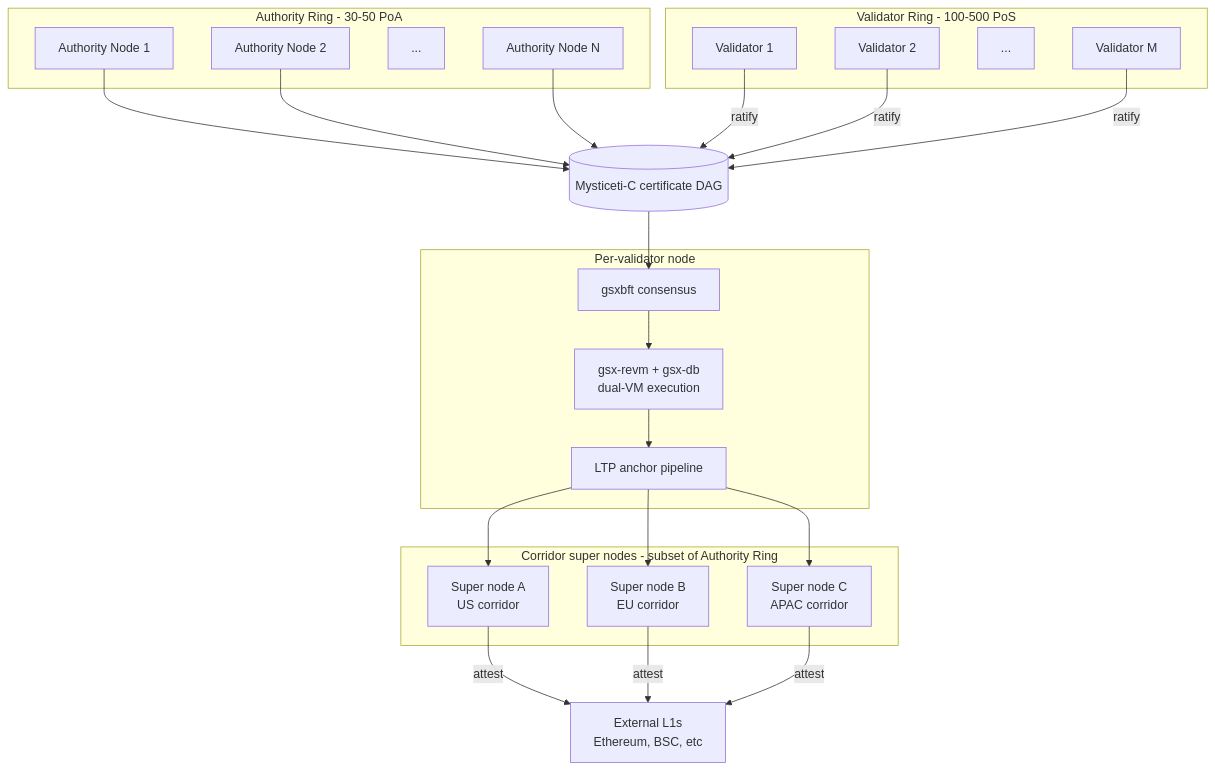
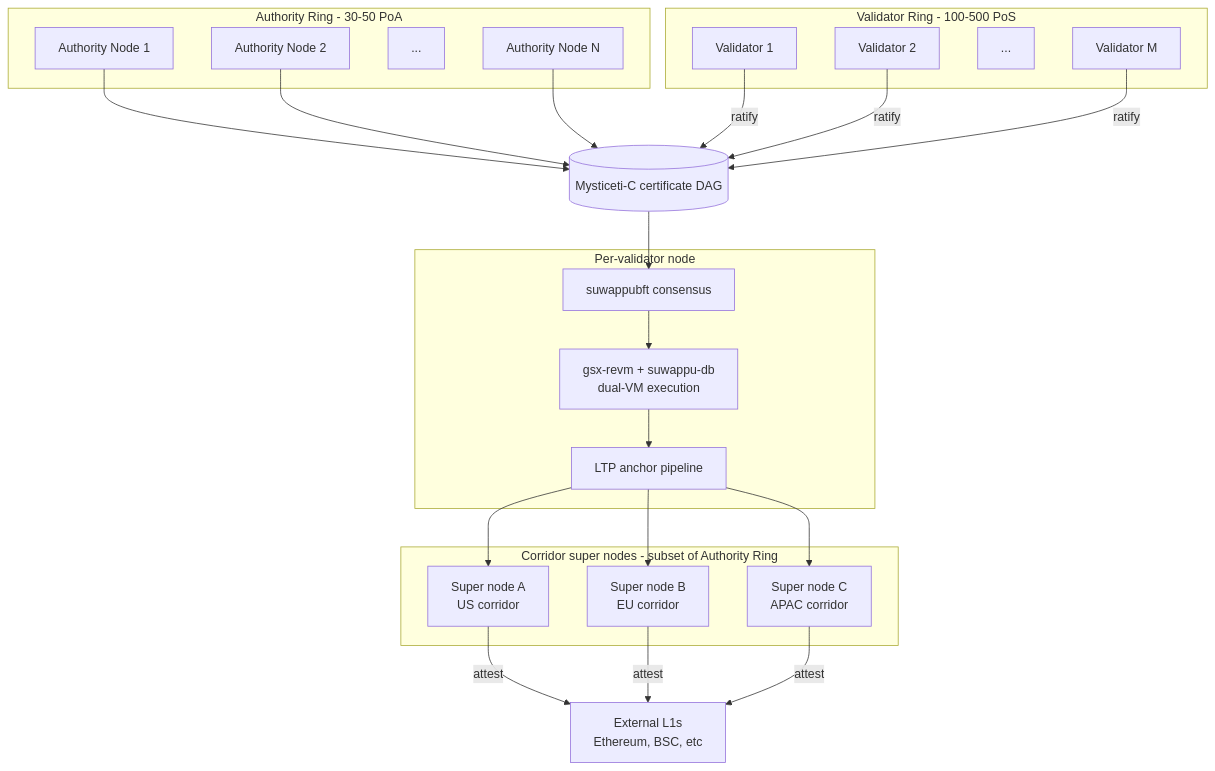
One commit to Suwappu-Labs/suwappu-db changed the third of 4 diagrams in docs/architecture/deployment-topology.md. Above: the diagram before and after it, drawn with Mermaid. The commit also changed other lines of this file and 248 other files, not shown here.

````diff
--- a/docs/architecture/deployment-topology.md
+++ b/docs/architecture/deployment-topology.md
@@ -88,43 +88,43 @@
 ```mermaid
 flowchart TB
     subgraph Ring1[Authority Ring - 30-50 PoA]
         A1[Authority Node 1]
         A2[Authority Node 2]
         Adots[...]
         AN[Authority Node N]
     end
     subgraph Ring2[Validator Ring - 100-500 PoS]
         V1[Validator 1]
         V2[Validator 2]
         Vdots[...]
         VN[Validator M]
     end
     subgraph SuperNodes[Corridor super nodes - subset of Authority Ring]
         SN1[Super node A<br/>US corridor]
         SN2[Super node B<br/>EU corridor]
         SN3[Super node C<br/>APAC corridor]
     end
 
     DAG[(Mysticeti-C certificate DAG)]
     A1 --> DAG
     A2 --> DAG
     AN --> DAG
     V1 -- ratify --> DAG
     V2 -- ratify --> DAG
     VN -- ratify --> DAG
 
     subgraph Node[Per-validator node]
-        Consensus[gsxbft consensus]
-        Exec[gsx-revm + gsx-db<br/>dual-VM execution]
+        Consensus[suwappubft consensus]
+        Exec[gsx-revm + suwappu-db<br/>dual-VM execution]
         Anchor[LTP anchor pipeline]
     end
     DAG --> Consensus --> Exec --> Anchor
 
     Anchor --> SN1
     Anchor --> SN2
     Anchor --> SN3
 
     SN1 -- attest --> L1[External L1s<br/>Ethereum, BSC, etc]
     SN2 -- attest --> L1
     SN3 -- attest --> L1
 ```
````
